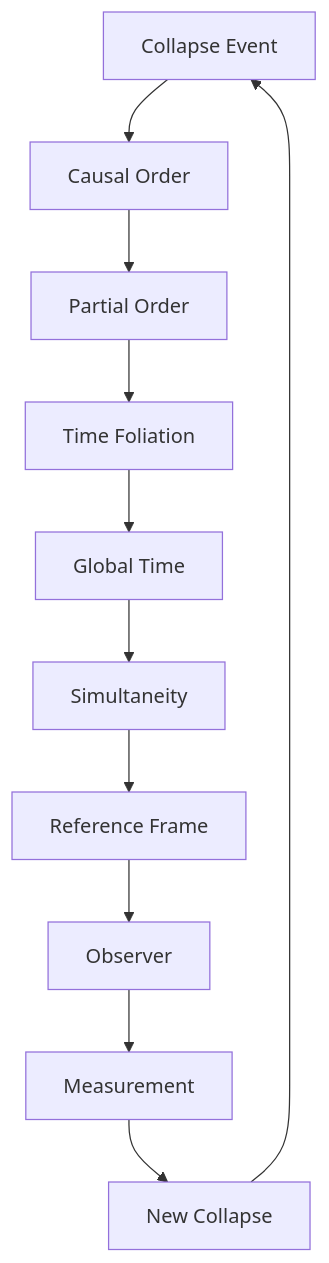
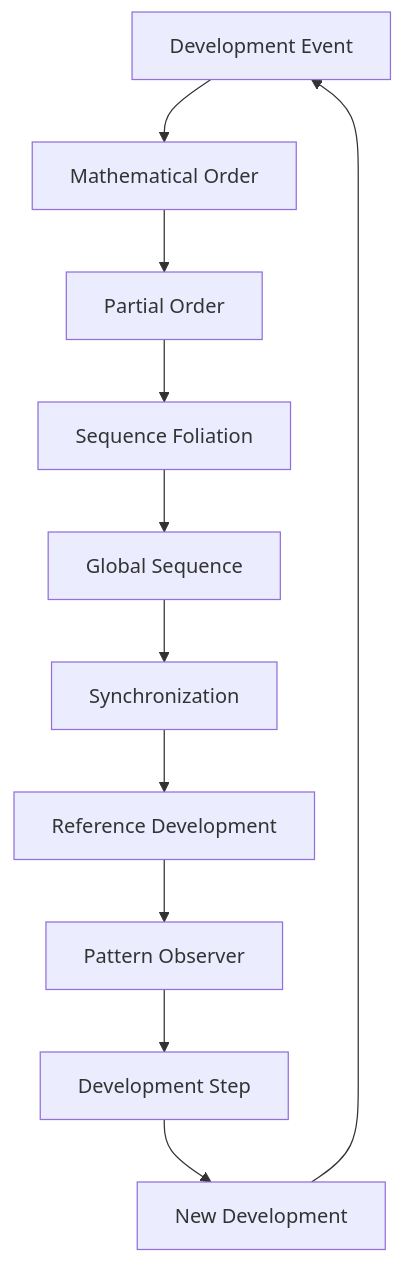
One commit to loning/the-phys changed the first of 2 diagrams in docs/psi-structum/book-1-collapse-ontology/part-04-quantum-gravity/chapter-061-time-collapse-ordering.md. Above: the diagram before and after it, drawn with Mermaid. The commit also changed other lines of this file and 6 other files, not shown here.

````diff
--- a/docs/psi-structum/book-1-collapse-ontology/part-04-quantum-gravity/chapter-061-time-collapse-ordering.md
+++ b/docs/psi-structum/book-1-collapse-ontology/part-04-quantum-gravity/chapter-061-time-collapse-ordering.md
@@ -72,13 +72,13 @@
 ```mermaid
 graph TD
-    A[Collapse Event] --> B[Causal Order]
+    A[Development Event] --> B[Mathematical Order]
     B --> C[Partial Order]
-    C --> D[Time Foliation]
-    D --> E[Global Time]
-    E --> F[Simultaneity]
-    F --> G[Reference Frame]
-    G --> H[Observer]
-    H --> I[Measurement]
-    I --> J[New Collapse]
+    C --> D[Sequence Foliation]
+    D --> E[Global Sequence]
+    E --> F[Synchronization]
+    F --> G[Reference Development]
+    G --> H[Pattern Observer]
+    H --> I[Development Step]
+    I --> J[New Development]
     J --> A
 ```
````
